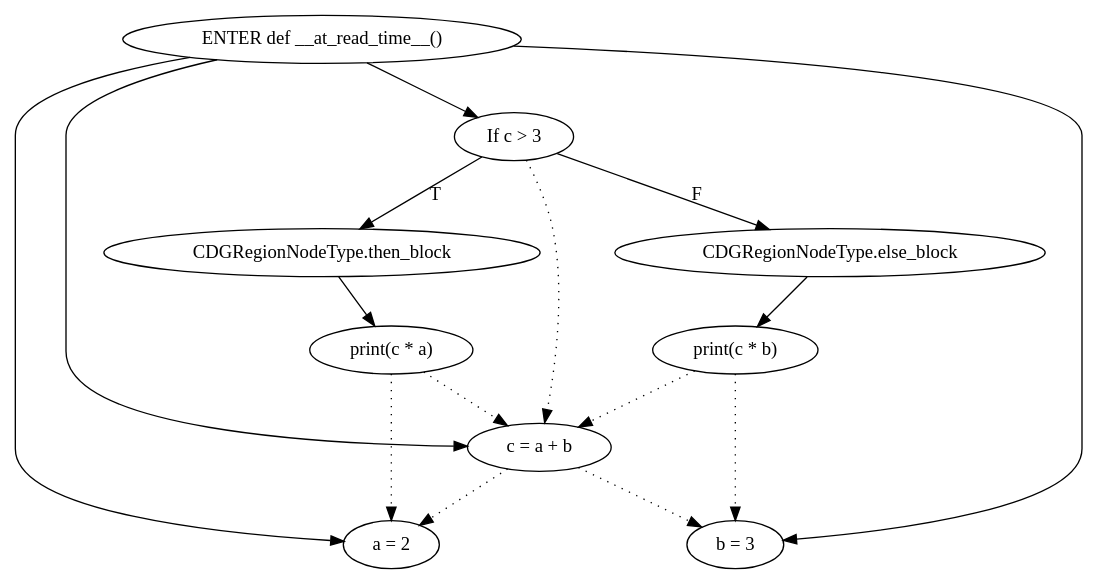
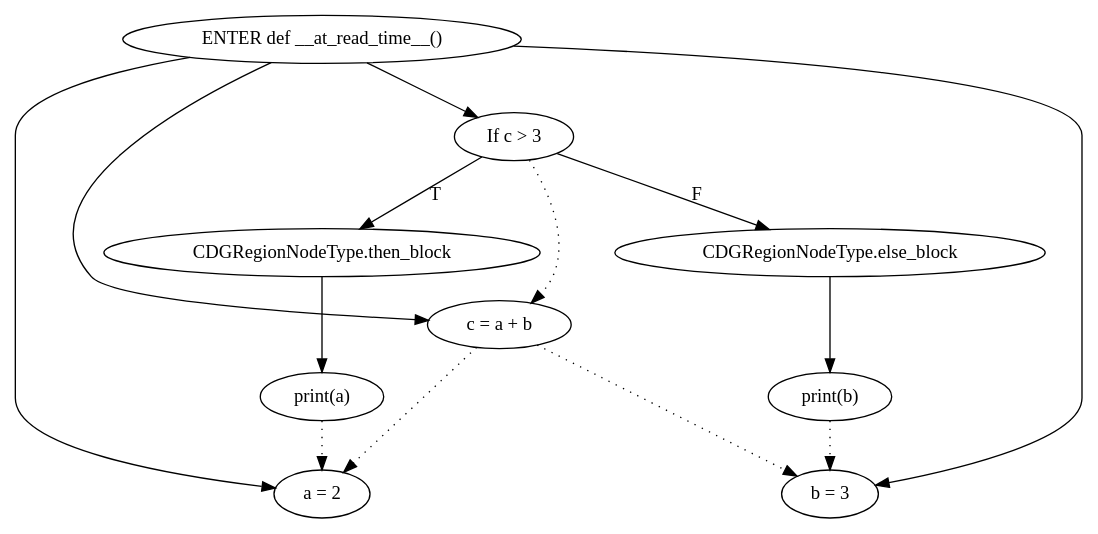
Before and after one commit to AleksMa/GraphStealChecker: the diagram in data/test2.dot, drawn with Graphviz. The commit also changed 4 other files, not shown here.

```diff
--- a/data/test2.dot
+++ b/data/test2.dot
@@ -1,30 +1,28 @@
 digraph {
 	subgraph sub_0 {
 	}
 	subgraph sub_1 {
-		"d2377235-f91a-470d-83cf-bfbbb6b3392d" [label="ENTER def __at_read_time__()"]
-		"a9a372f7-bae7-4506-acd1-dc4fc5f5ed89" [label="a = 2"]
-		"affdd4d0-e66f-46f5-8835-d38c9b9f8032" [label="b = 3"]
-		"43aca6a3-1930-4cb3-8e68-f7ddf96b5510" [label="c = a + b"]
-		"2d7a495c-5dbd-4c34-bf21-4632e1ffc11c" [label="If c > 3"]
-		"918b672c-3942-4b3f-a7f1-4cb3dc5f9df1" [label="CDGRegionNodeType.then_block"]
-		"76cbd681-e705-4b2e-916f-27ebdaa8afe1" [label="print(c * a)"]
-		"010b66b7-9800-44e5-8a9d-a22bdaec3f0e" [label="CDGRegionNodeType.else_block"]
-		"bdaee6c1-4364-489a-887e-f61378d83f18" [label="print(c * b)"]
-		"d2377235-f91a-470d-83cf-bfbbb6b3392d" -> "a9a372f7-bae7-4506-acd1-dc4fc5f5ed89" [style=solid]
-		"d2377235-f91a-470d-83cf-bfbbb6b3392d" -> "affdd4d0-e66f-46f5-8835-d38c9b9f8032" [style=solid]
-		"d2377235-f91a-470d-83cf-bfbbb6b3392d" -> "43aca6a3-1930-4cb3-8e68-f7ddf96b5510" [style=solid]
-		"d2377235-f91a-470d-83cf-bfbbb6b3392d" -> "2d7a495c-5dbd-4c34-bf21-4632e1ffc11c" [style=solid]
-		"2d7a495c-5dbd-4c34-bf21-4632e1ffc11c" -> "918b672c-3942-4b3f-a7f1-4cb3dc5f9df1" [label=T style=solid]
-		"918b672c-3942-4b3f-a7f1-4cb3dc5f9df1" -> "76cbd681-e705-4b2e-916f-27ebdaa8afe1" [style=solid]
-		"2d7a495c-5dbd-4c34-bf21-4632e1ffc11c" -> "010b66b7-9800-44e5-8a9d-a22bdaec3f0e" [label=F style=solid]
-		"010b66b7-9800-44e5-8a9d-a22bdaec3f0e" -> "bdaee6c1-4364-489a-887e-f61378d83f18" [style=solid]
-		"43aca6a3-1930-4cb3-8e68-f7ddf96b5510" -> "a9a372f7-bae7-4506-acd1-dc4fc5f5ed89" [style=dotted]
-		"43aca6a3-1930-4cb3-8e68-f7ddf96b5510" -> "affdd4d0-e66f-46f5-8835-d38c9b9f8032" [style=dotted]
-		"2d7a495c-5dbd-4c34-bf21-4632e1ffc11c" -> "43aca6a3-1930-4cb3-8e68-f7ddf96b5510" [style=dotted]
-		"76cbd681-e705-4b2e-916f-27ebdaa8afe1" -> "43aca6a3-1930-4cb3-8e68-f7ddf96b5510" [style=dotted]
-		"76cbd681-e705-4b2e-916f-27ebdaa8afe1" -> "a9a372f7-bae7-4506-acd1-dc4fc5f5ed89" [style=dotted]
-		"bdaee6c1-4364-489a-887e-f61378d83f18" -> "43aca6a3-1930-4cb3-8e68-f7ddf96b5510" [style=dotted]
-		"bdaee6c1-4364-489a-887e-f61378d83f18" -> "affdd4d0-e66f-46f5-8835-d38c9b9f8032" [style=dotted]
+		"0c8c00c6-af8b-49e3-8c86-a060bcb0e3ec" [label="ENTER def __at_read_time__()"]
+		"8075709d-ee2b-4ab1-98ac-b54b82ba26a9" [label="a = 2"]
+		"3845a018-3761-4c69-992f-d9a3739f8f6e" [label="b = 3"]
+		"1dd9688e-460e-4587-8d0a-23a8476e39a9" [label="c = a + b"]
+		"e8c9855a-1017-437f-aadc-47a65d8961de" [label="If c > 3"]
+		"714902a3-7c83-4715-91fa-a665e59d45d5" [label="CDGRegionNodeType.then_block"]
+		"4cbbc12f-6b75-462f-9c26-f237df09a22d" [label="print(a)"]
+		"6bec064f-de30-43af-84fe-80777d8b6dda" [label="CDGRegionNodeType.else_block"]
+		"c6a565a6-9aac-4455-817e-4bb4cea8eb27" [label="print(b)"]
+		"0c8c00c6-af8b-49e3-8c86-a060bcb0e3ec" -> "8075709d-ee2b-4ab1-98ac-b54b82ba26a9" [style=solid]
+		"0c8c00c6-af8b-49e3-8c86-a060bcb0e3ec" -> "3845a018-3761-4c69-992f-d9a3739f8f6e" [style=solid]
+		"0c8c00c6-af8b-49e3-8c86-a060bcb0e3ec" -> "1dd9688e-460e-4587-8d0a-23a8476e39a9" [style=solid]
+		"0c8c00c6-af8b-49e3-8c86-a060bcb0e3ec" -> "e8c9855a-1017-437f-aadc-47a65d8961de" [style=solid]
+		"e8c9855a-1017-437f-aadc-47a65d8961de" -> "714902a3-7c83-4715-91fa-a665e59d45d5" [label=T style=solid]
+		"714902a3-7c83-4715-91fa-a665e59d45d5" -> "4cbbc12f-6b75-462f-9c26-f237df09a22d" [style=solid]
+		"e8c9855a-1017-437f-aadc-47a65d8961de" -> "6bec064f-de30-43af-84fe-80777d8b6dda" [label=F style=solid]
+		"6bec064f-de30-43af-84fe-80777d8b6dda" -> "c6a565a6-9aac-4455-817e-4bb4cea8eb27" [style=solid]
+		"1dd9688e-460e-4587-8d0a-23a8476e39a9" -> "8075709d-ee2b-4ab1-98ac-b54b82ba26a9" [style=dotted]
+		"1dd9688e-460e-4587-8d0a-23a8476e39a9" -> "3845a018-3761-4c69-992f-d9a3739f8f6e" [style=dotted]
+		"e8c9855a-1017-437f-aadc-47a65d8961de" -> "1dd9688e-460e-4587-8d0a-23a8476e39a9" [style=dotted]
+		"4cbbc12f-6b75-462f-9c26-f237df09a22d" -> "8075709d-ee2b-4ab1-98ac-b54b82ba26a9" [style=dotted]
+		"c6a565a6-9aac-4455-817e-4bb4cea8eb27" -> "3845a018-3761-4c69-992f-d9a3739f8f6e" [style=dotted]
 	}
 }
```
